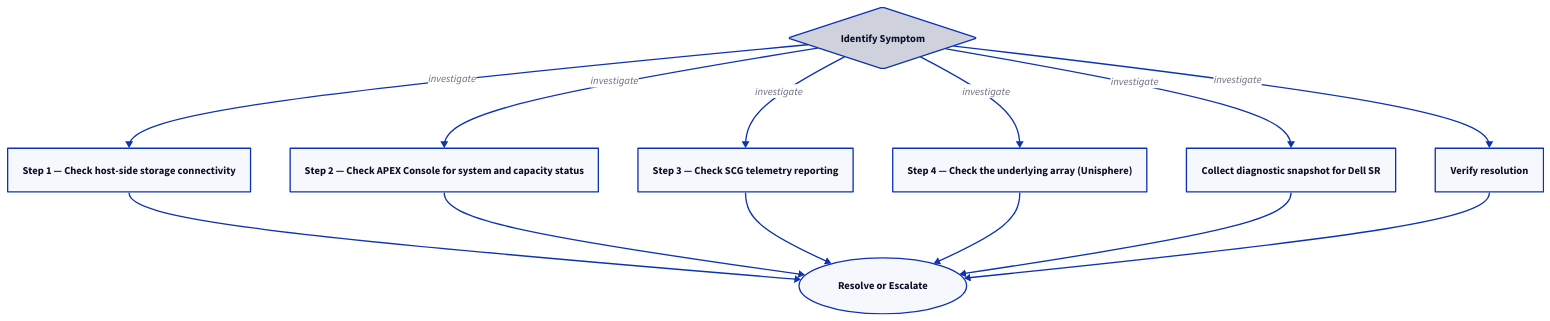
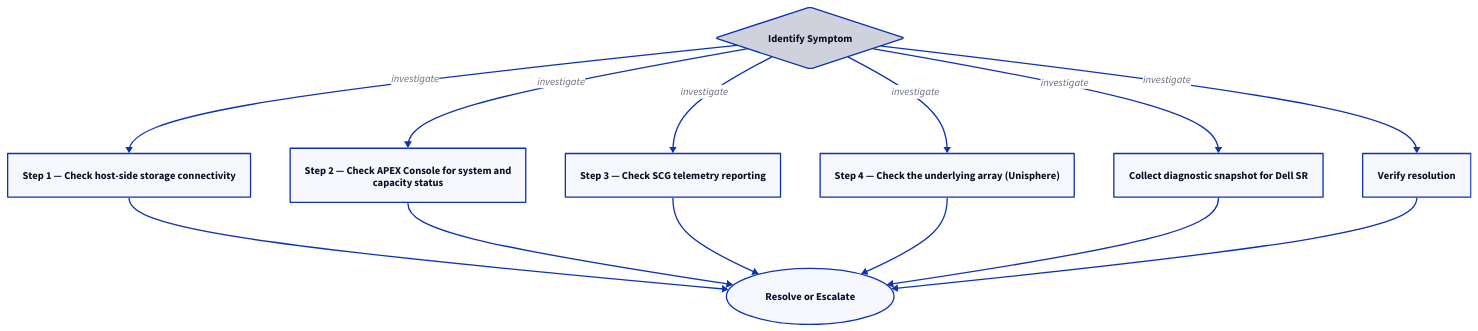
One commit to canast01/chris-kb changed the second of 2 diagrams in docs/storage/dell/apex-storage-as-a-service/troubleshooting/diagnostics.md. Above: the diagram before and after it, drawn with D2. The commit also changed 192 other files, not shown here.

````diff
--- a/docs/storage/dell/apex-storage-as-a-service/troubleshooting/diagnostics.md
+++ b/docs/storage/dell/apex-storage-as-a-service/troubleshooting/diagnostics.md
@@ -54,25 +54,25 @@
 ```d2
 direction: down
 
 symptom: Identify Symptom {shape: diamond}
 step_1_check_hostside_storage_connec: "Step 1 — Check host-side storage connectivity" {shape: rectangle}
-step_2_check_apex_console_for_system: "Step 2 — Check APEX Console for system and capacity status" {shape: rectangle}
+step_2_check_apex_console_for_system: "Step 2 — Check APEX Console for system and\ncapacity status" {shape: rectangle}
 step_3_check_scg_telemetry_reporting: "Step 3 — Check SCG telemetry reporting" {shape: rectangle}
 step_4_check_the_underlying_array_un: "Step 4 — Check the underlying array (Unisphere)" {shape: rectangle}
 collect_diagnostic_snapshot_for_dell: "Collect diagnostic snapshot for Dell SR" {shape: rectangle}
 verify_resolution: "Verify resolution" {shape: rectangle}
 resolution: Resolve or Escalate {shape: oval}
 
 symptom -> step_1_check_hostside_storage_connec: investigate
 symptom -> step_2_check_apex_console_for_system: investigate
 symptom -> step_3_check_scg_telemetry_reporting: investigate
 symptom -> step_4_check_the_underlying_array_un: investigate
 symptom -> collect_diagnostic_snapshot_for_dell: investigate
 symptom -> verify_resolution: investigate
 step_1_check_hostside_storage_connec -> resolution
 step_2_check_apex_console_for_system -> resolution
 step_3_check_scg_telemetry_reporting -> resolution
 step_4_check_the_underlying_array_un -> resolution
 collect_diagnostic_snapshot_for_dell -> resolution
 verify_resolution -> resolution
 ```
````
